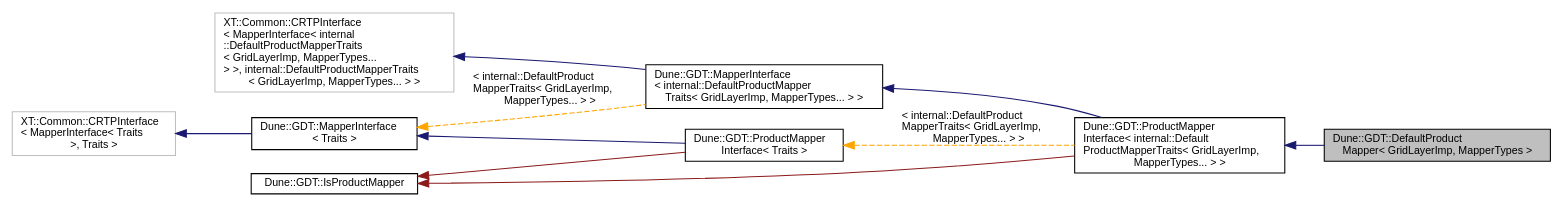
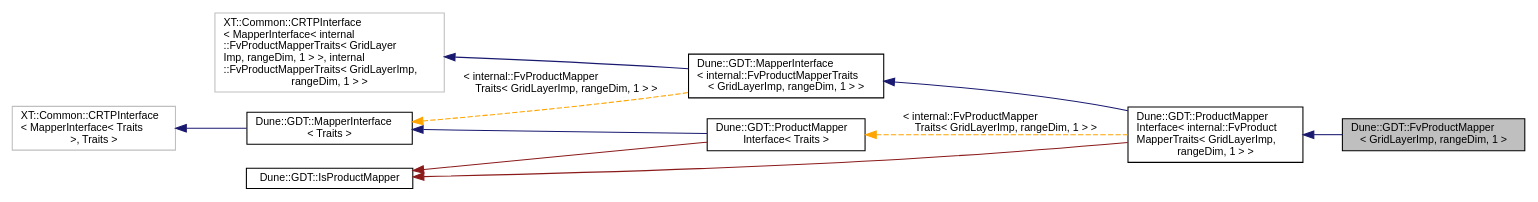
Before and after one commit to dune-community/dune-community.github.io: the diagram in docs/dune-gdt/''/a02800.dot, drawn with Graphviz. The commit also changed 2591 other files, not shown here.

Commit message:
Updated documentation for dune-gdt ''

```diff
--- a/docs/dune-gdt/''/a02800.dot
+++ b/docs/dune-gdt/''/a02800.dot
@@ -1,23 +1,23 @@
-digraph "Dune::GDT::DefaultProductMapper&lt; GridLayerImp, MapperTypes &gt;"
+digraph "Dune::GDT::FvProductMapper&lt; GridLayerImp, rangeDim, 1 &gt;"
 {
   edge [fontname="Helvetica",fontsize="10",labelfontname="Helvetica",labelfontsize="10"];
   node [fontname="Helvetica",fontsize="10",shape=record];
   rankdir="LR";
-  Node0 [label="Dune::GDT::DefaultProduct\lMapper\< GridLayerImp, MapperTypes \>",height=0.2,width=0.4,color="black", fillcolor="grey75", style="filled", fontcolor="black"];
+  Node0 [label="Dune::GDT::FvProductMapper\l\< GridLayerImp, rangeDim, 1 \>",height=0.2,width=0.4,color="black", fillcolor="grey75", style="filled", fontcolor="black"];
   Node1 -> Node0 [dir="back",color="midnightblue",fontsize="10",style="solid",fontname="Helvetica"];
-  Node1 [label="Dune::GDT::ProductMapper\lInterface\< internal::Default\lProductMapperTraits\< GridLayerImp,\l MapperTypes... \> \>",height=0.2,width=0.4,color="black", fillcolor="white", style="filled",URL="$a02797.html"];
+  Node1 [label="Dune::GDT::ProductMapper\lInterface\< internal::FvProduct\lMapperTraits\< GridLayerImp,\l rangeDim, 1 \> \>",height=0.2,width=0.4,color="black", fillcolor="white", style="filled",URL="$a02813.html"];
   Node2 -> Node1 [dir="back",color="midnightblue",fontsize="10",style="solid",fontname="Helvetica"];
-  Node2 [label="Dune::GDT::MapperInterface\l\< internal::DefaultProductMapper\lTraits\< GridLayerImp, MapperTypes... \> \>",height=0.2,width=0.4,color="black", fillcolor="white", style="filled",URL="$a02789.html"];
+  Node2 [label="Dune::GDT::MapperInterface\l\< internal::FvProductMapperTraits\l\< GridLayerImp, rangeDim, 1 \> \>",height=0.2,width=0.4,color="black", fillcolor="white", style="filled",URL="$a02805.html"];
   Node3 -> Node2 [dir="back",color="midnightblue",fontsize="10",style="solid",fontname="Helvetica"];
-  Node3 [label="XT::Common::CRTPInterface\l\< MapperInterface\< internal\l::DefaultProductMapperTraits\l\< GridLayerImp, MapperTypes...\l \> \>, internal::DefaultProductMapperTraits\l\< GridLayerImp, MapperTypes... \> \>",height=0.2,width=0.4,color="grey75", fillcolor="white", style="filled"];
-  Node4 -> Node2 [dir="back",color="orange",fontsize="10",style="dashed",label=" \< internal::DefaultProduct\lMapperTraits\< GridLayerImp,\l MapperTypes... \> \>" ,fontname="Helvetica"];
-  Node4 [label="Dune::GDT::MapperInterface\l\< Traits \>",height=0.2,width=0.4,color="black", fillcolor="white", style="filled",URL="$a02789.html"];
+  Node3 [label="XT::Common::CRTPInterface\l\< MapperInterface\< internal\l::FvProductMapperTraits\< GridLayer\lImp, rangeDim, 1 \> \>, internal\l::FvProductMapperTraits\< GridLayerImp,\l rangeDim, 1 \> \>",height=0.2,width=0.4,color="grey75", fillcolor="white", style="filled"];
+  Node4 -> Node2 [dir="back",color="orange",fontsize="10",style="dashed",label=" \< internal::FvProductMapper\lTraits\< GridLayerImp, rangeDim, 1 \> \>" ,fontname="Helvetica"];
+  Node4 [label="Dune::GDT::MapperInterface\l\< Traits \>",height=0.2,width=0.4,color="black", fillcolor="white", style="filled",URL="$a02805.html"];
   Node5 -> Node4 [dir="back",color="midnightblue",fontsize="10",style="solid",fontname="Helvetica"];
   Node5 [label="XT::Common::CRTPInterface\l\< MapperInterface\< Traits\l \>, Traits \>",height=0.2,width=0.4,color="grey75", fillcolor="white", style="filled"];
   Node6 -> Node1 [dir="back",color="firebrick4",fontsize="10",style="solid",fontname="Helvetica"];
-  Node6 [label="Dune::GDT::IsProductMapper",height=0.2,width=0.4,color="black", fillcolor="white", style="filled",URL="$a02793.html"];
-  Node7 -> Node1 [dir="back",color="orange",fontsize="10",style="dashed",label=" \< internal::DefaultProduct\lMapperTraits\< GridLayerImp,\l MapperTypes... \> \>" ,fontname="Helvetica"];
-  Node7 [label="Dune::GDT::ProductMapper\lInterface\< Traits \>",height=0.2,width=0.4,color="black", fillcolor="white", style="filled",URL="$a02797.html"];
+  Node6 [label="Dune::GDT::IsProductMapper",height=0.2,width=0.4,color="black", fillcolor="white", style="filled",URL="$a02809.html"];
+  Node7 -> Node1 [dir="back",color="orange",fontsize="10",style="dashed",label=" \< internal::FvProductMapper\lTraits\< GridLayerImp, rangeDim, 1 \> \>" ,fontname="Helvetica"];
+  Node7 [label="Dune::GDT::ProductMapper\lInterface\< Traits \>",height=0.2,width=0.4,color="black", fillcolor="white", style="filled",URL="$a02813.html"];
   Node4 -> Node7 [dir="back",color="midnightblue",fontsize="10",style="solid",fontname="Helvetica"];
   Node6 -> Node7 [dir="back",color="firebrick4",fontsize="10",style="solid",fontname="Helvetica"];
 }
```
